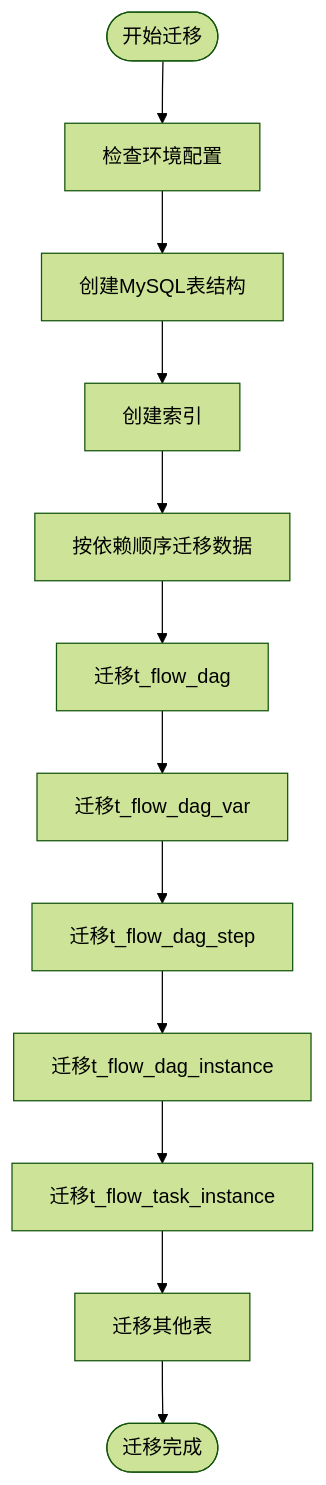
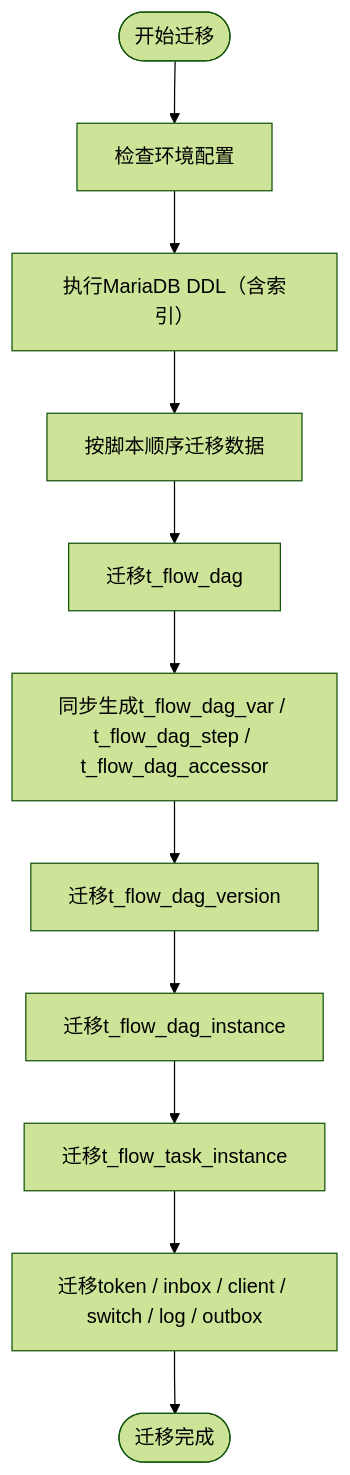
The second of 11 diagrams in dataflow/flow-automation/docs/features/#262 Mongodb迁移至Mariadb/#262 Mongodb迁移至Mariadb.md (kweaver-ai/adp), drawn with Mermaid (forest theme) before and after one commit. The commit also changed other lines of this file and 3 other files, not shown here.

````diff
--- a/dataflow/flow-automation/docs/features/#262 Mongodb迁移至Mariadb/#262 Mongodb迁移至Mariadb.md
+++ b/dataflow/flow-automation/docs/features/#262 Mongodb迁移至Mariadb/#262 Mongodb迁移至Mariadb.md
@@ -94,16 +94,15 @@
 ```mermaid
 flowchart TD
     Start([开始迁移]) --> CheckEnv[检查环境配置]
-    CheckEnv --> CreateSchema[创建MySQL表结构]
-    CreateSchema --> CreateIndex[创建索引]
-    CreateIndex --> MigrateData[按依赖顺序迁移数据]
+    CheckEnv --> CreateSchema[执行MariaDB DDL（含索引）]
+    CreateSchema --> MigrateData[按脚本顺序迁移数据]
 
     MigrateData --> MigrateDag[迁移t_flow_dag]
-    MigrateDag --> MigrateDagVar[迁移t_flow_dag_var]
-    MigrateDagVar --> MigrateDagStep[迁移t_flow_dag_step]
-    MigrateDagStep --> MigrateDagInstance[迁移t_flow_dag_instance]
+    MigrateDag --> MigrateDagVar[同步生成t_flow_dag_var / t_flow_dag_step / t_flow_dag_accessor]
+    MigrateDagVar --> MigrateDagVersion[迁移t_flow_dag_version]
+    MigrateDagVersion --> MigrateDagInstance[迁移t_flow_dag_instance]
     MigrateDagInstance --> MigrateTaskInstance[迁移t_flow_task_instance]
-    MigrateTaskInstance --> MigrateOther[迁移其他表]
+    MigrateTaskInstance --> MigrateOther[迁移token / inbox / client / switch / log / outbox]
 
     MigrateOther --> End([迁移完成])
 ```
````
